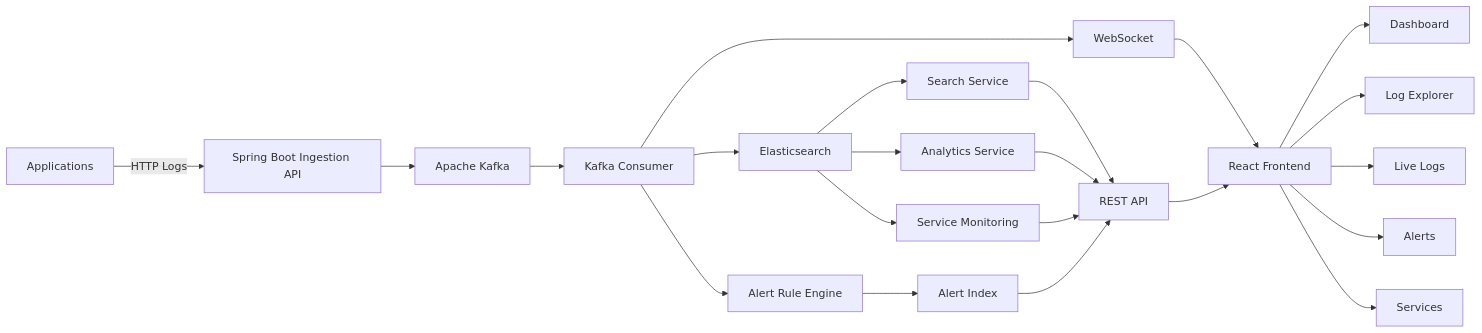
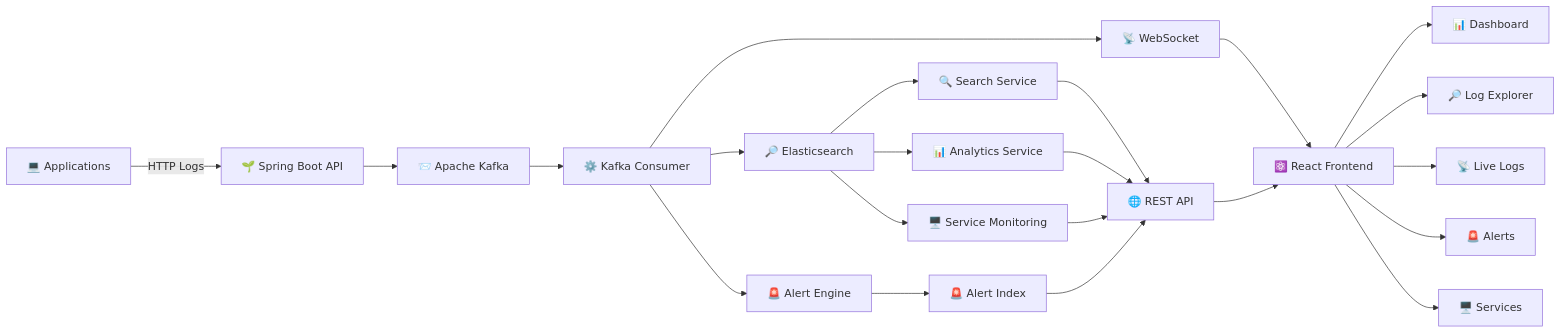
Before and after one commit to rachana1707-S/Log-Monitoring-System: the diagram in README.md, drawn with Mermaid. The commit also changed other lines of this file and 1 other file, not shown here.

Commit message:
docs: enhance README with architecture visuals and project screenshots

````diff
--- a/README.md
+++ b/README.md
@@ -51,32 +70,32 @@
 ```mermaid
 flowchart LR
-    A[Applications] -->|HTTP Logs| B[Spring Boot Ingestion API]
+    A["💻 Applications"] -->|"HTTP Logs"| B["🌱 Spring Boot API"]
 
-    B --> C[Apache Kafka]
+    B --> C["📨 Apache Kafka"]
 
-    C --> D[Kafka Consumer]
+    C --> D["⚙️ Kafka Consumer"]
 
-    D --> E[Elasticsearch]
-    D --> F[WebSocket]
-    D --> G[Alert Rule Engine]
+    D --> E["🔎 Elasticsearch"]
+    D --> F["📡 WebSocket"]
+    D --> G["🚨 Alert Engine"]
 
-    G --> H[Alert Index]
+    G --> H["🚨 Alert Index"]
 
-    E --> I[Search Service]
-    E --> J[Analytics Service]
-    E --> K[Service Monitoring]
+    E --> I["🔍 Search Service"]
+    E --> J["📊 Analytics Service"]
+    E --> K["🖥️ Service Monitoring"]
 
-    I --> L[REST API]
+    I --> L["🌐 REST API"]
     J --> L
     K --> L
     H --> L
 
-    F --> M[React Frontend]
+    F --> M["⚛️ React Frontend"]
     L --> M
 
-    M --> N[Dashboard]
-    M --> O[Log Explorer]
-    M --> P[Live Logs]
-    M --> Q[Alerts]
-    M --> R[Services]
+    M --> N["📊 Dashboard"]
+    M --> O["🔎 Log Explorer"]
+    M --> P["📡 Live Logs"]
+    M --> Q["🚨 Alerts"]
+    M --> R["🖥️ Services"]
 ```
````
